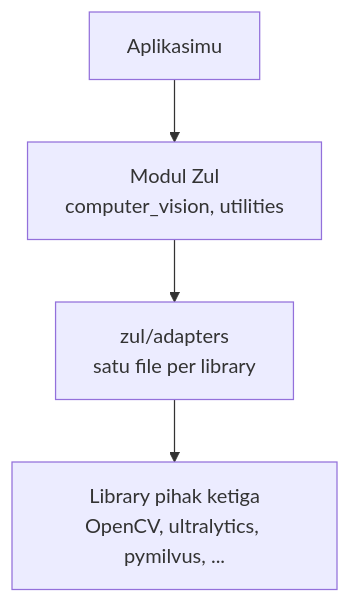
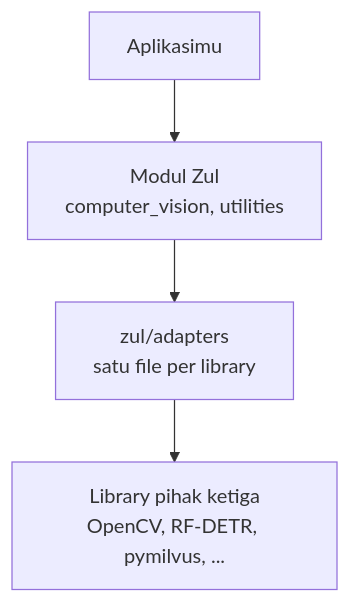
The diagram in docs/konsep/lapisan-adapter.md (kazuma313/zul_utilities), drawn with Mermaid before and after one commit. The commit also changed other lines of this file and 22 other files, not shown here.

````diff
--- a/docs/konsep/lapisan-adapter.md
+++ b/docs/konsep/lapisan-adapter.md
@@ -9,6 +9,6 @@
 ```mermaid
 flowchart TB
     app["Aplikasimu"] --> zul["Modul Zul<br/>computer_vision, utilities"]
     zul --> adapters["zul/adapters<br/>satu file per library"]
-    adapters --> libraries["Library pihak ketiga<br/>OpenCV, ultralytics, pymilvus, ..."]
+    adapters --> libraries["Library pihak ketiga<br/>OpenCV, RF-DETR, pymilvus, ..."]
 ```
````
